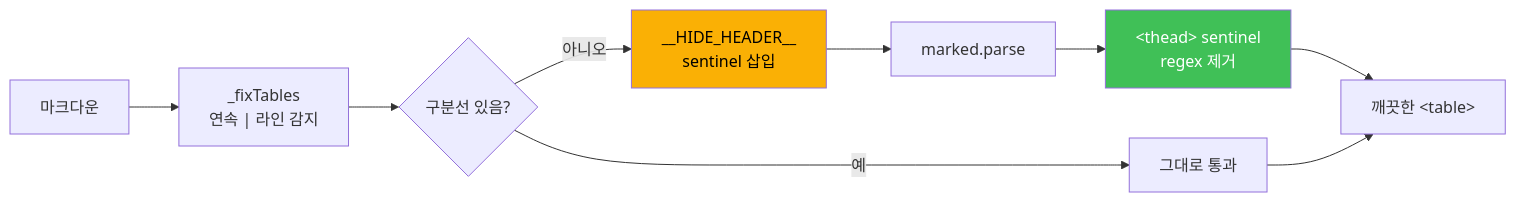
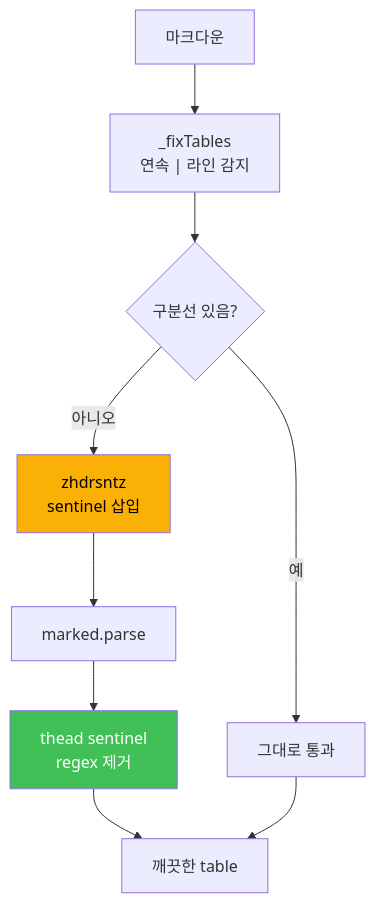
The tenth of 11 diagrams in README.md (Technoetic/blog-generator), drawn with Mermaid before and after one commit. The commit also changed other lines of this file, not shown here.

Commit message:
docs: 테이블 보정 + 배포 흐름 mermaid를 세로(TD)로 변경
- LR → TD: 모바일 가독성 + 한글 라벨 호환
- sentinel 명칭 zhdrsntz로 정정 (실제 코드와 일치)

````diff
--- a/README.md
+++ b/README.md
@@ -479,14 +479,14 @@
 ```mermaid
-flowchart LR
+flowchart TD
     MD["마크다운"] --> DET["_fixTables<br/>연속 | 라인 감지"]
     DET --> CHK{"구분선 있음?"}
     CHK -->|예| PASS["그대로 통과"]
-    CHK -->|아니오| SENT["__HIDE_HEADER__<br/>sentinel 삽입"]
+    CHK -->|아니오| SENT["zhdrsntz<br/>sentinel 삽입"]
     SENT --> MARKED["marked.parse"]
-    MARKED --> POST["&lt;thead&gt; sentinel<br/>regex 제거"]
-    POST --> HTML["깨끗한 &lt;table&gt;"]
+    MARKED --> POST["thead sentinel<br/>regex 제거"]
+    POST --> HTML["깨끗한 table"]
     PASS --> HTML
 
     style SENT fill:#fab005,color:#000
     style POST fill:#40c057,color:#fff
 ```
````
